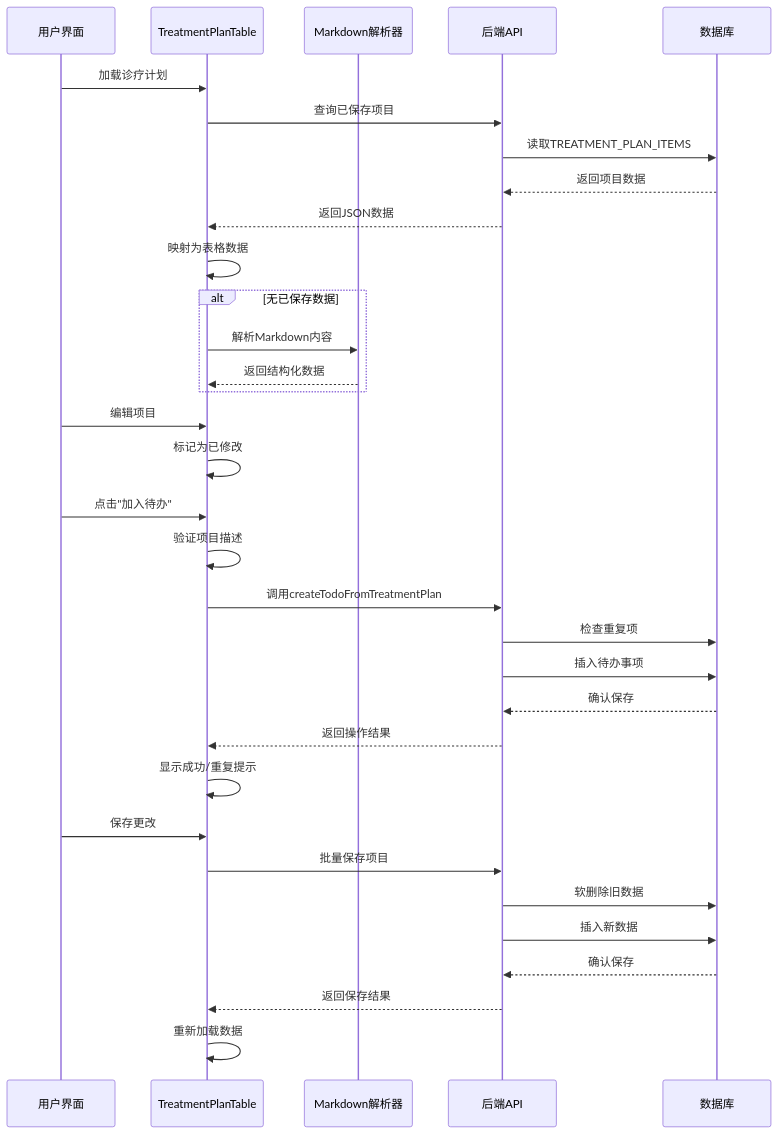
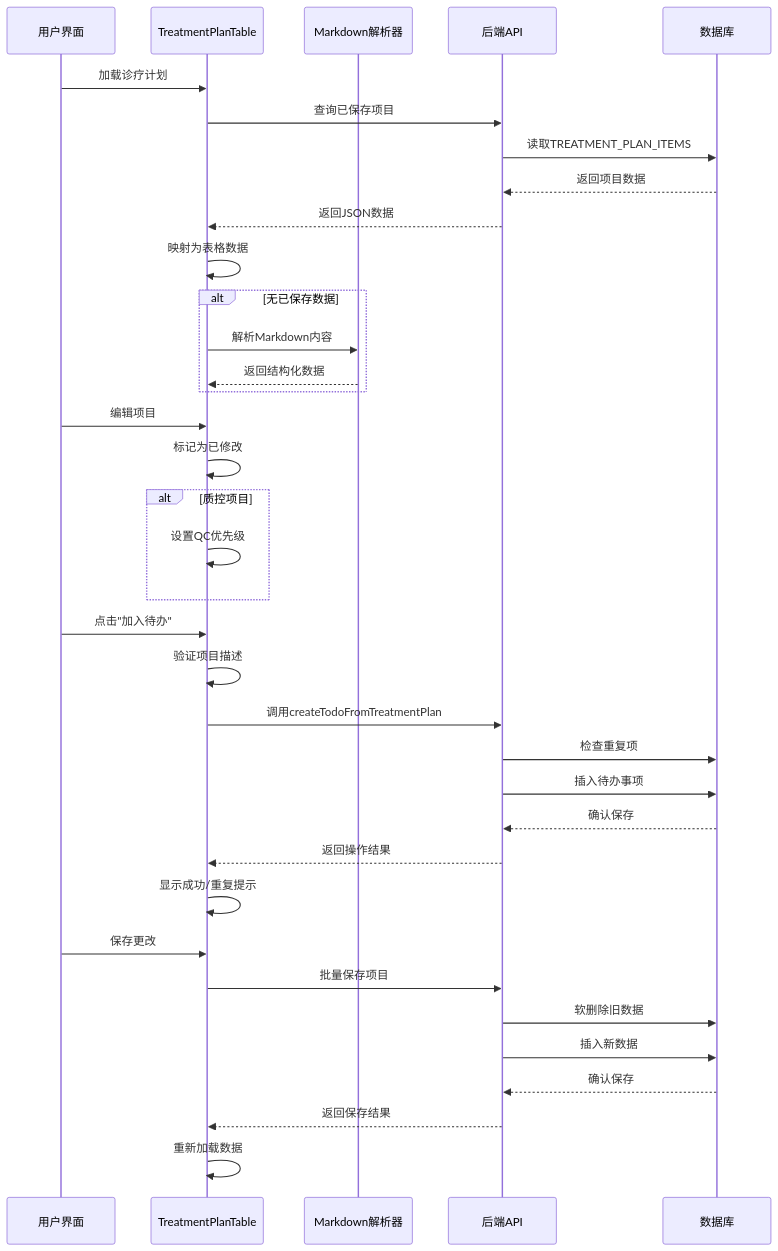
The second of 7 diagrams in .qoder/repowiki/zh/content/核心功能模块/治疗计划表格功能增强.md (liuzh2008/med_ai_assistant_workspace), drawn with Mermaid before and after one commit. The commit also changed other lines of this file and 4 other files, not shown here.

````diff
--- a/.qoder/repowiki/zh/content/核心功能模块/治疗计划表格功能增强.md
+++ b/.qoder/repowiki/zh/content/核心功能模块/治疗计划表格功能增强.md
@@ -153,35 +170,38 @@
 ```mermaid
 sequenceDiagram
 participant UI as 用户界面
 participant TP as TreatmentPlanTable
 participant Parser as Markdown解析器
 participant API as 后端API
 participant DB as 数据库
 UI->>TP : 加载诊疗计划
 TP->>API : 查询已保存项目
 API->>DB : 读取TREATMENT_PLAN_ITEMS
 DB-->>API : 返回项目数据
 API-->>TP : 返回JSON数据
 TP->>TP : 映射为表格数据
 alt 无已保存数据
 TP->>Parser : 解析Markdown内容
 Parser-->>TP : 返回结构化数据
 end
 UI->>TP : 编辑项目
 TP->>TP : 标记为已修改
+alt 质控项目
+TP->>TP : 设置QC优先级
+end
 UI->>TP : 点击"加入待办"
 TP->>TP : 验证项目描述
 TP->>API : 调用createTodoFromTreatmentPlan
 API->>DB : 检查重复项
 API->>DB : 插入待办事项
 DB-->>API : 确认保存
 API-->>TP : 返回操作结果
 TP->>TP : 显示成功/重复提示
 UI->>TP : 保存更改
 TP->>API : 批量保存项目
 API->>DB : 软删除旧数据
 API->>DB : 插入新数据
 DB-->>API : 确认保存
 API-->>TP : 返回保存结果
 TP->>TP : 重新加载数据
 ```
````
